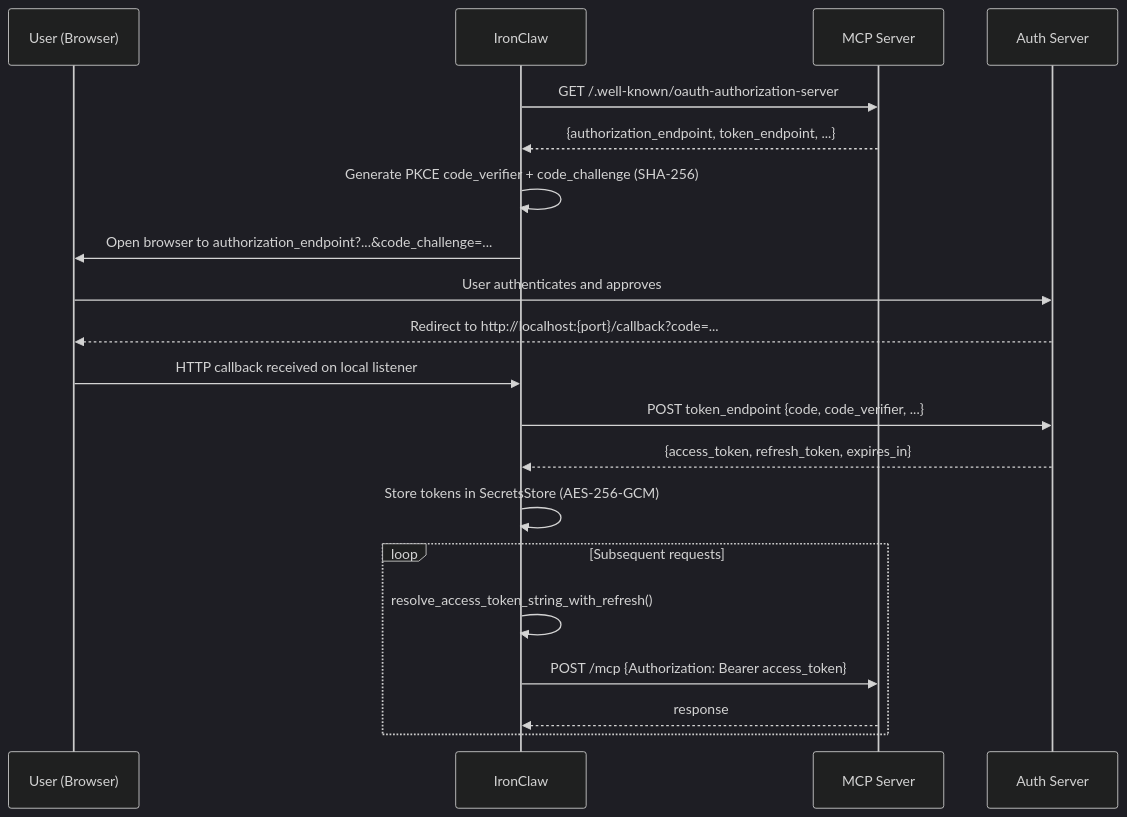
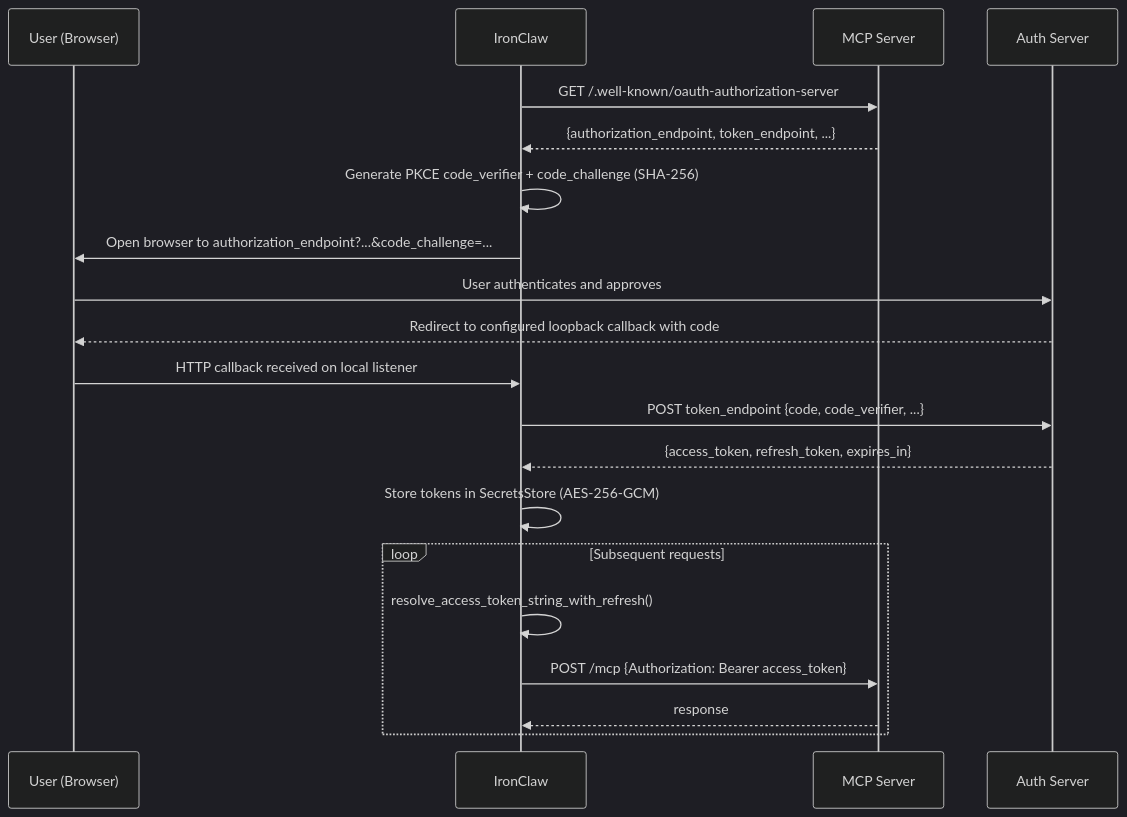
One commit to wpank/ironclaw changed the sixth of 18 diagrams in tmp/ecosystem/mcp-editor-integration.md. Above: the diagram before and after it, drawn with Mermaid (dark theme). The commit also changed other lines of this file and 121 other files, not shown here.

````diff
--- a/tmp/ecosystem/mcp-editor-integration.md
+++ b/tmp/ecosystem/mcp-editor-integration.md
@@ -787,27 +785,27 @@
 ```mermaid
 sequenceDiagram
     participant U as User (Browser)
     participant IC as IronClaw
     participant S as MCP Server
     participant AS as Auth Server
 
     IC->>S: GET /.well-known/oauth-authorization-server
     S-->>IC: {authorization_endpoint, token_endpoint, ...}
 
     IC->>IC: Generate PKCE code_verifier + code_challenge (SHA-256)
     IC->>U: Open browser to authorization_endpoint?...&code_challenge=...
     U->>AS: User authenticates and approves
-    AS-->>U: Redirect to http://localhost:{port}/callback?code=...
+    AS-->>U: Redirect to configured loopback callback with code
     U->>IC: HTTP callback received on local listener
 
     IC->>AS: POST token_endpoint {code, code_verifier, ...}
     AS-->>IC: {access_token, refresh_token, expires_in}
 
     IC->>IC: Store tokens in SecretsStore (AES-256-GCM)
 
     loop Subsequent requests
         IC->>IC: resolve_access_token_string_with_refresh()
         IC->>S: POST /mcp {Authorization: Bearer access_token}
         S-->>IC: response
     end
 ```
````
